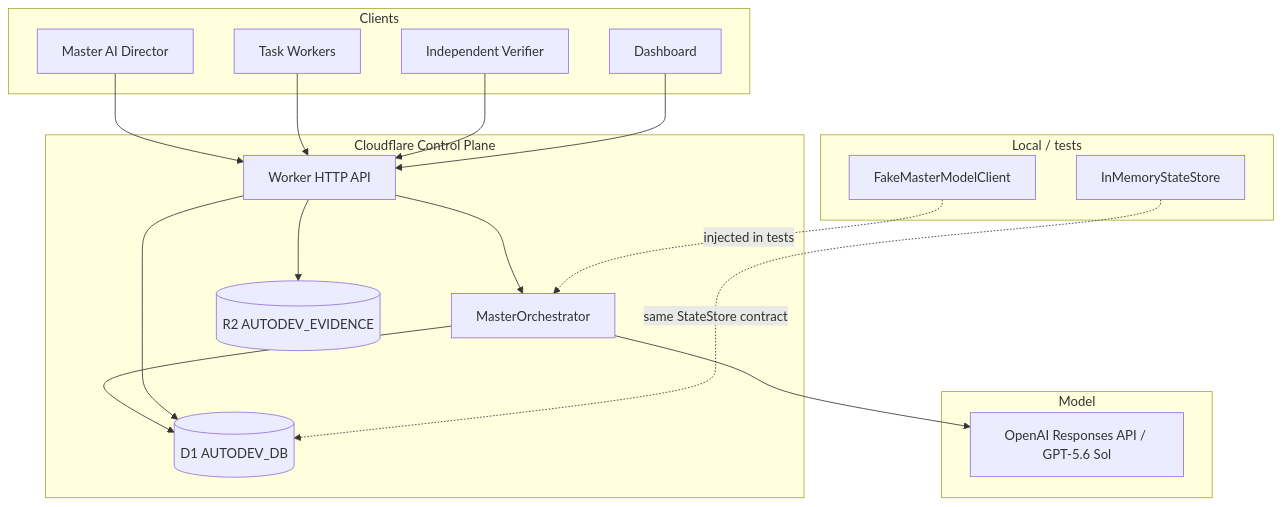
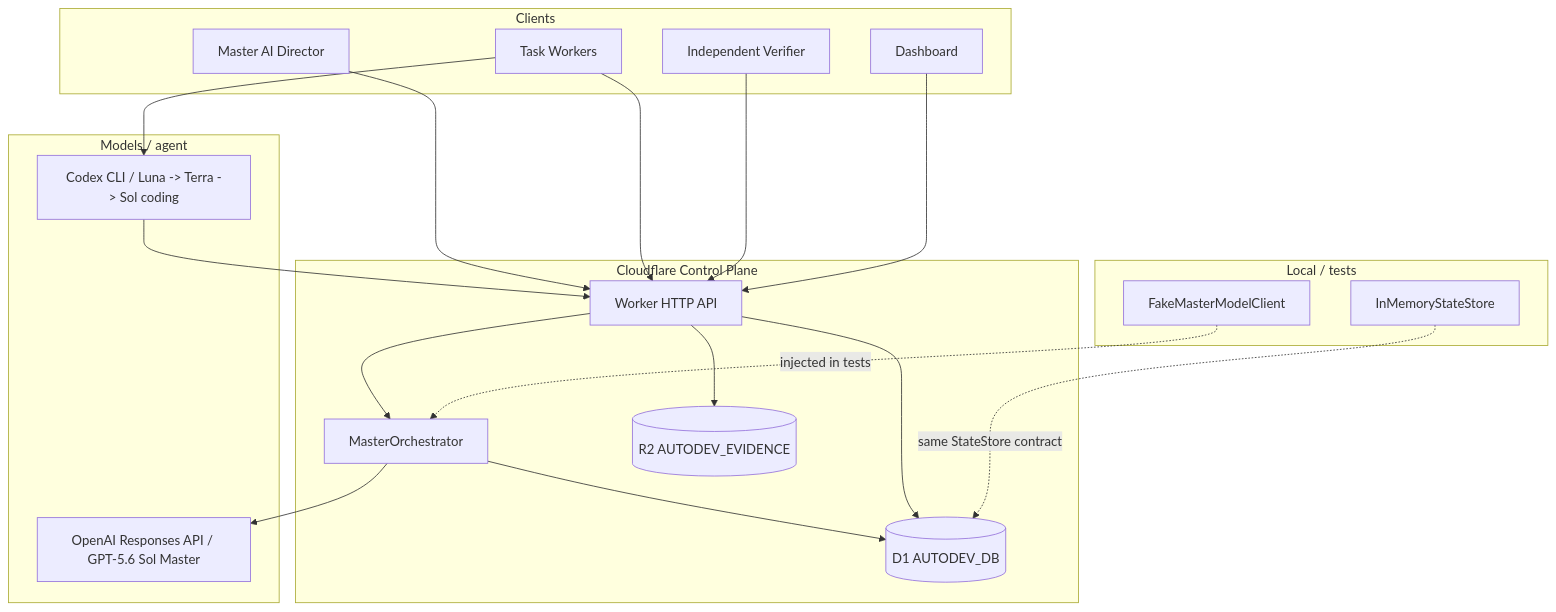
Before and after one commit to ACD052709/assayer-autodev: the diagram in README.md, drawn with Mermaid. The commit also changed other lines of this file and 47 other files, not shown here.

````diff
--- a/README.md
+++ b/README.md
@@ -11,37 +11,40 @@
 ```mermaid
 flowchart TB
   subgraph clients [Clients]
     MA[Master AI Director]
     WK[Task Workers]
     VF[Independent Verifier]
     DB[Dashboard]
   end
 
   subgraph control [Cloudflare Control Plane]
     API[Worker HTTP API]
     ORCH[MasterOrchestrator]
     D1[(D1 AUTODEV_DB)]
     R2[(R2 AUTODEV_EVIDENCE)]
   end
 
-  subgraph models [Model]
-    OAI[OpenAI Responses API / GPT-5.6 Sol]
+  subgraph models [Models / agent]
+    OAI[OpenAI Responses API / GPT-5.6 Sol Master]
+    CODEX[Codex CLI / Luna -> Terra -> Sol coding]
   end
 
   subgraph local [Local / tests]
     MEM[InMemoryStateStore]
     FAKE[FakeMasterModelClient]
   end
 
   MA --> API
   WK --> API
   VF --> API
   DB --> API
   API --> ORCH
   ORCH --> D1
   ORCH --> OAI
+  WK --> CODEX
+  CODEX --> API
   API --> D1
   API --> R2
   MEM -.->|same StateStore contract| D1
   FAKE -.->|injected in tests| ORCH
 ```
````
